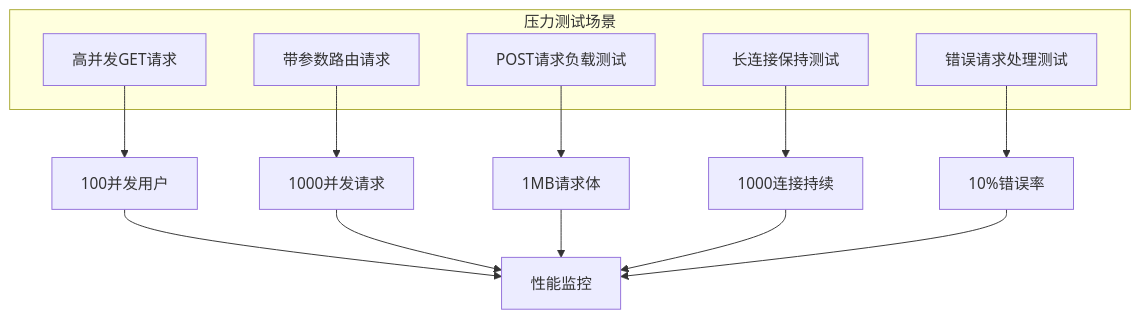
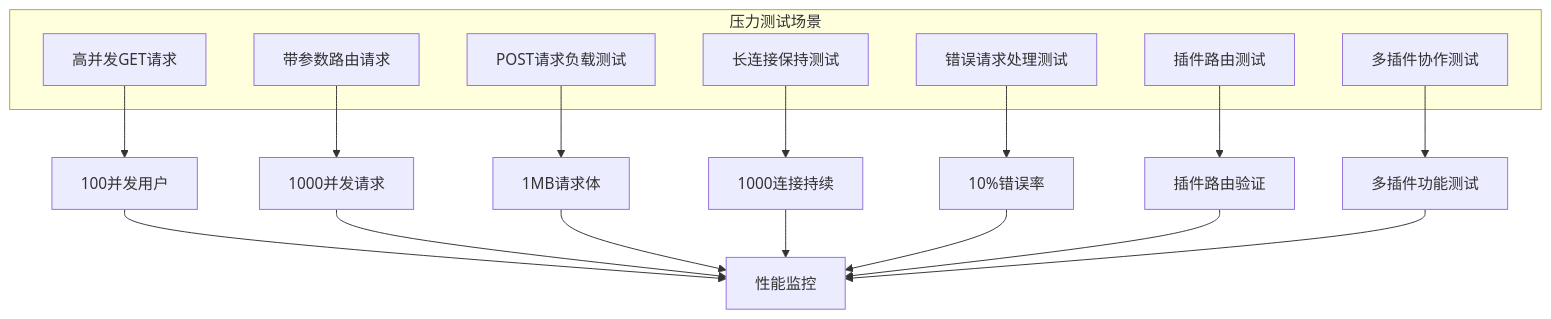
Diagram 13 of 14 in .qoder/repowiki/zh/content/后端框架测试/Fastify高性能框架测试.md (esa-sp/test-for-aone-ci), drawn with Mermaid before and after one commit. The commit also changed other lines of this file and 119 other files, not shown here.

````diff
--- a/.qoder/repowiki/zh/content/后端框架测试/Fastify高性能框架测试.md
+++ b/.qoder/repowiki/zh/content/后端框架测试/Fastify高性能框架测试.md
@@ -410,20 +577,26 @@
 ```mermaid
 flowchart TD
 subgraph "压力测试场景"
 S1[高并发GET请求]
 S2[带参数路由请求]
 S3[POST请求负载测试]
 S4[长连接保持测试]
 S5[错误请求处理测试]
+S6[插件路由测试]
+S7[多插件协作测试]
 end
 S1 --> M1[100并发用户]
 S2 --> M2[1000并发请求]
 S3 --> M3[1MB请求体]
 S4 --> M4[1000连接持续]
 S5 --> M5[10%错误率]
+S6 --> M6[插件路由验证]
+S7 --> M7[多插件功能测试]
 M1 --> R[性能监控]
 M2 --> R
 M3 --> R
 M4 --> R
 M5 --> R
+M6 --> R
+M7 --> R
 ```
````
